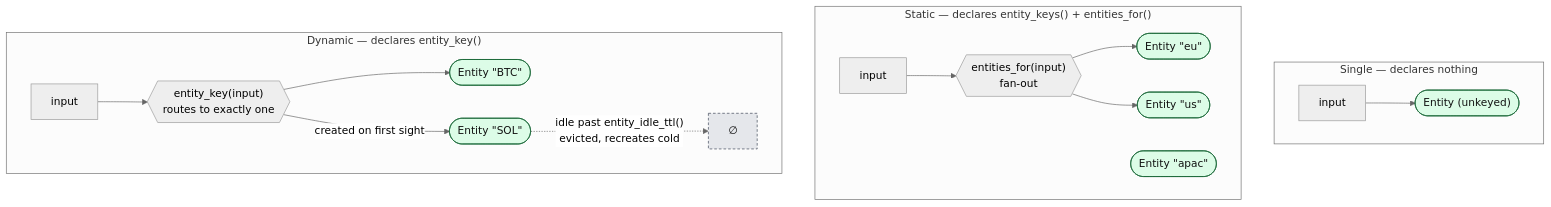
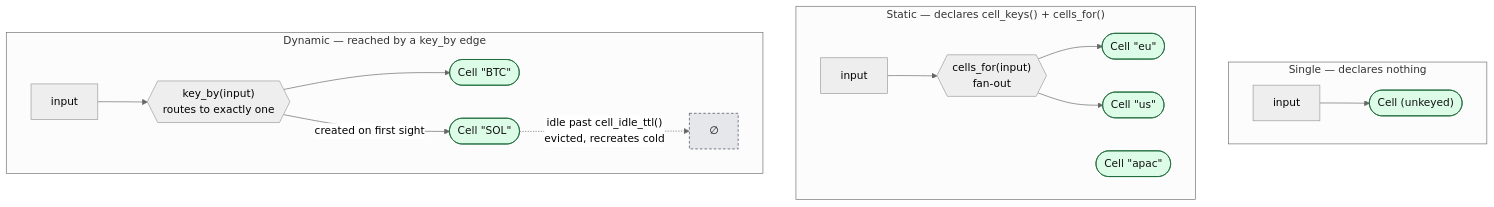
Before and after one commit to Flezha/flezha: the second of 9 diagrams in docs/architecture/README.md, drawn with Mermaid (neutral theme). The commit also changed other lines of this file and 604 other files, not shown here.

First line of the commit message:
Rename Procedure to Tasklet and Entity to Cell

````diff
--- a/docs/architecture/README.md
+++ b/docs/architecture/README.md
@@ -108,23 +109,23 @@
 ```mermaid
 flowchart TB
     subgraph S["Single — declares nothing"]
         direction LR
-        SI["input"] --> SE(["Entity (unkeyed)"]):::leaf
+        SI["input"] --> SE(["Cell (unkeyed)"]):::leaf
     end
-    subgraph T["Static — declares entity_keys() + entities_for()"]
+    subgraph T["Static — declares cell_keys() + cells_for()"]
         direction LR
-        TI["input"] --> TF{{"entities_for(input)<br/>fan-out"}}
-        TF --> TA(["Entity &quot;eu&quot;"]):::leaf
-        TF --> TB(["Entity &quot;us&quot;"]):::leaf
-        TC(["Entity &quot;apac&quot;"]):::leaf
+        TI["input"] --> TF{{"cells_for(input)<br/>fan-out"}}
+        TF --> TA(["Cell &quot;eu&quot;"]):::leaf
+        TF --> TB(["Cell &quot;us&quot;"]):::leaf
+        TC(["Cell &quot;apac&quot;"]):::leaf
     end
-    subgraph DY["Dynamic — declares entity_key()"]
+    subgraph DY["Dynamic — reached by a key_by edge"]
         direction LR
-        DI["input"] --> DK{{"entity_key(input)<br/>routes to exactly one"}}
-        DK --> DA(["Entity &quot;BTC&quot;"]):::leaf
-        DK -->|"created on first sight"| DB(["Entity &quot;SOL&quot;"]):::leaf
-        DB -.->|"idle past entity_idle_ttl()<br/>evicted, recreates cold"| DX["∅"]:::gone
+        DI["input"] --> DK{{"key_by(input)<br/>routes to exactly one"}}
+        DK --> DA(["Cell &quot;BTC&quot;"]):::leaf
+        DK -->|"created on first sight"| DB(["Cell &quot;SOL&quot;"]):::leaf
+        DB -.->|"idle past cell_idle_ttl()<br/>evicted, recreates cold"| DX["∅"]:::gone
     end
     classDef leaf fill:#dcfce7,stroke:#166534,color:#111
     classDef gone fill:#e5e7eb,stroke:#374151,color:#111,stroke-dasharray:4 3
 ```
````
